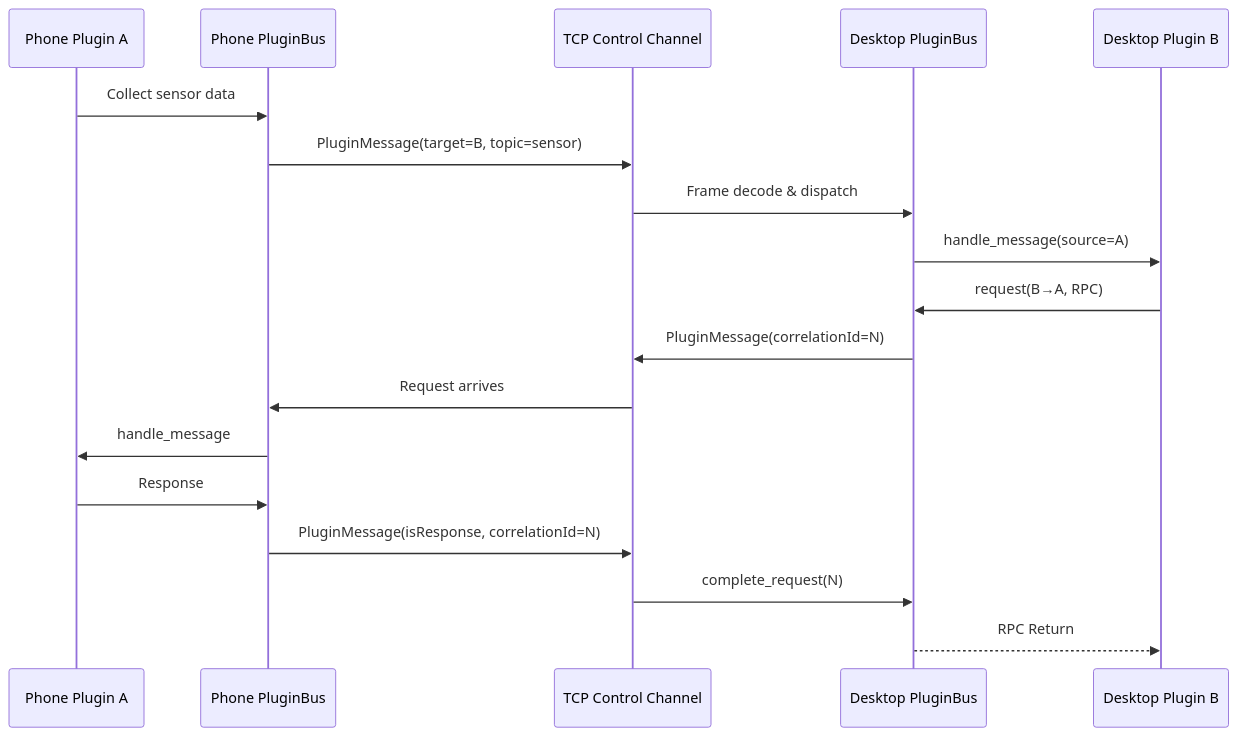
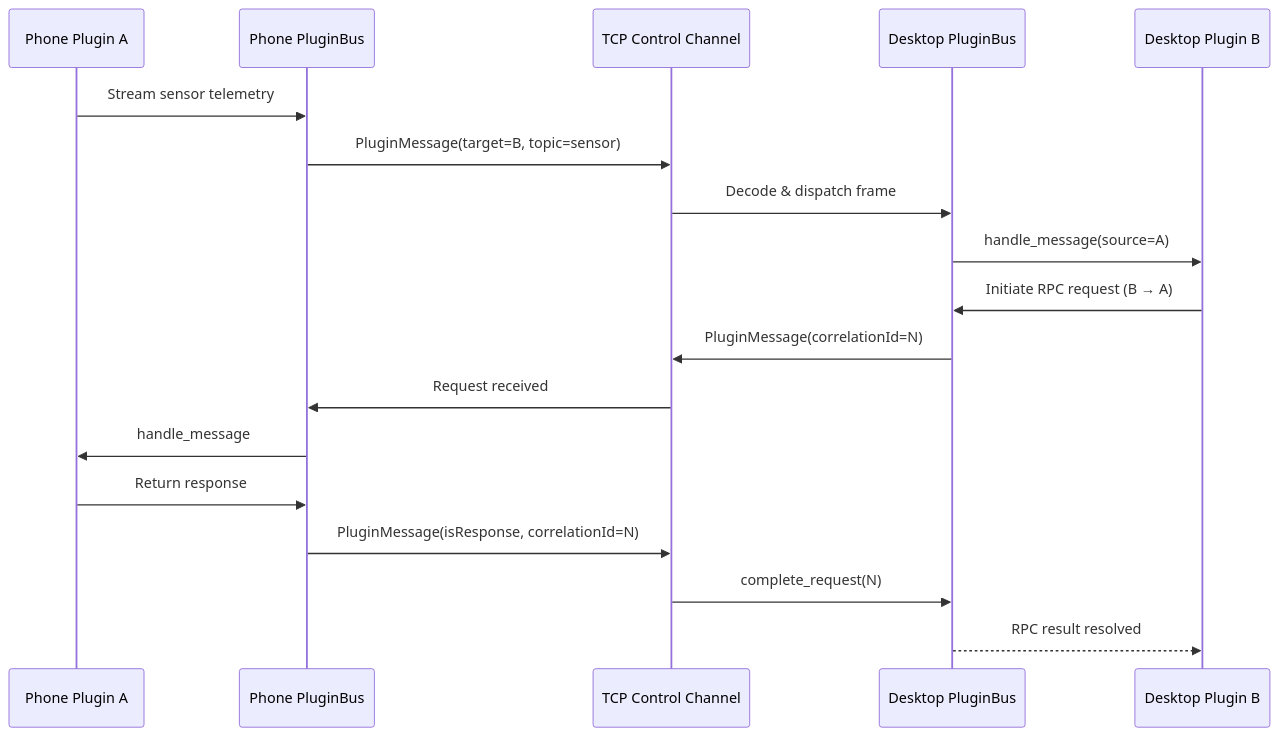
Before and after one commit to MicYou-Dev/Website-MicYou: the second of 2 diagrams in src/en/docs/plugin/plugin-overview.md, drawn with Mermaid. The commit also changed other lines of this file and 48 other files, not shown here.

````diff
--- a/src/en/docs/plugin/plugin-overview.md
+++ b/src/en/docs/plugin/plugin-overview.md
@@ -64,22 +67,22 @@
 ```mermaid
 sequenceDiagram
   participant P1 as Phone Plugin A
   participant PB as Phone PluginBus
-  participant W as TCP Control Channel
+  participant TCP as TCP Control Channel
   participant DB as Desktop PluginBus
   participant P2 as Desktop Plugin B
 
-  P1->>PB: Collect sensor data
-  PB->>W: PluginMessage(target=B, topic=sensor)
-  W->>DB: Frame decode & dispatch
+  P1->>PB: Stream sensor telemetry
+  PB->>TCP: PluginMessage(target=B, topic=sensor)
+  TCP->>DB: Decode & dispatch frame
   DB->>P2: handle_message(source=A)
 
-  P2->>DB: request(B→A, RPC)
-  DB->>W: PluginMessage(correlationId=N)
-  W->>PB: Request arrives
+  P2->>DB: Initiate RPC request (B → A)
+  DB->>TCP: PluginMessage(correlationId=N)
+  TCP->>PB: Request received
   PB->>P1: handle_message
-  P1->>PB: Response
-  PB->>W: PluginMessage(isResponse, correlationId=N)
-  W->>DB: complete_request(N)
-  DB-->>P2: RPC Return
+  P1->>PB: Return response
+  PB->>TCP: PluginMessage(isResponse, correlationId=N)
+  TCP->>DB: complete_request(N)
+  DB-->>P2: RPC result resolved
 ```
````
